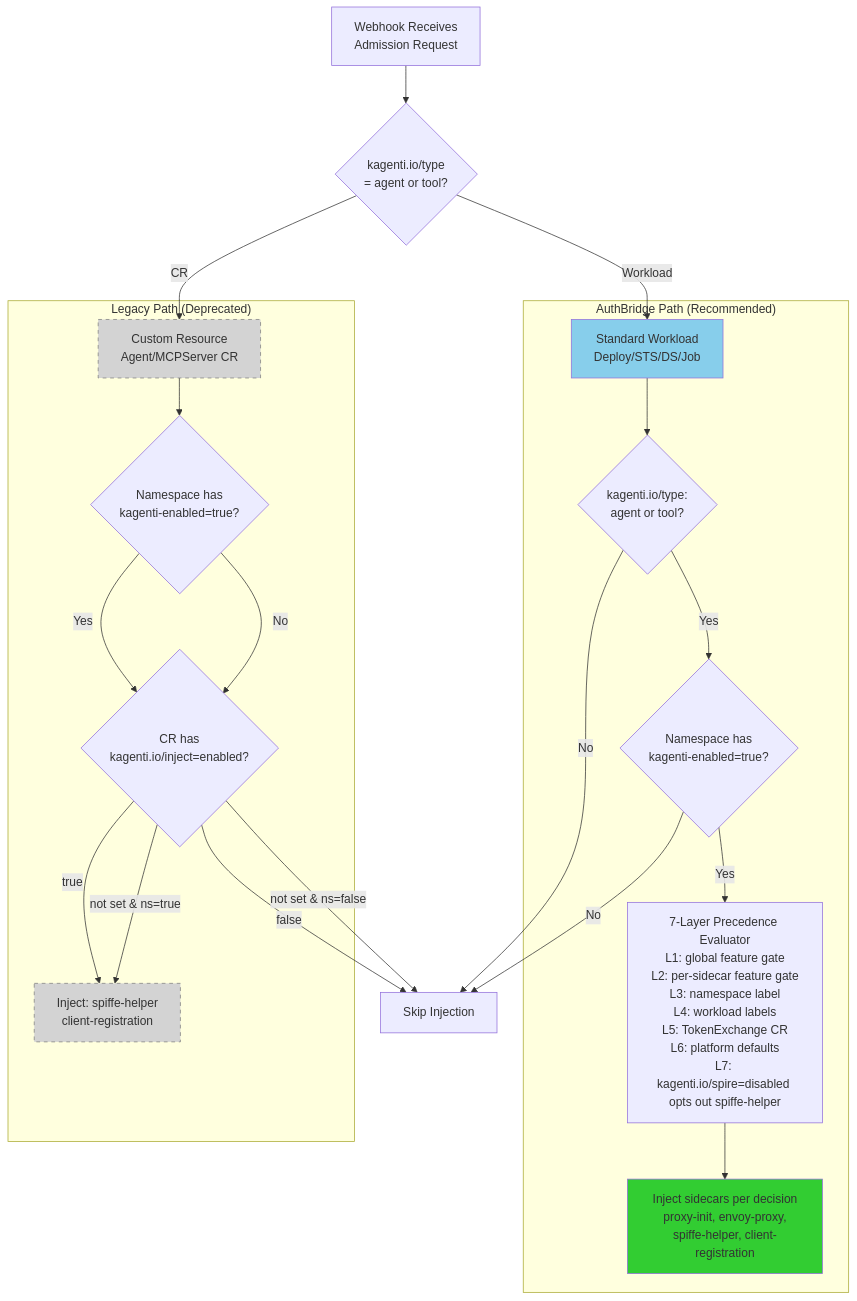
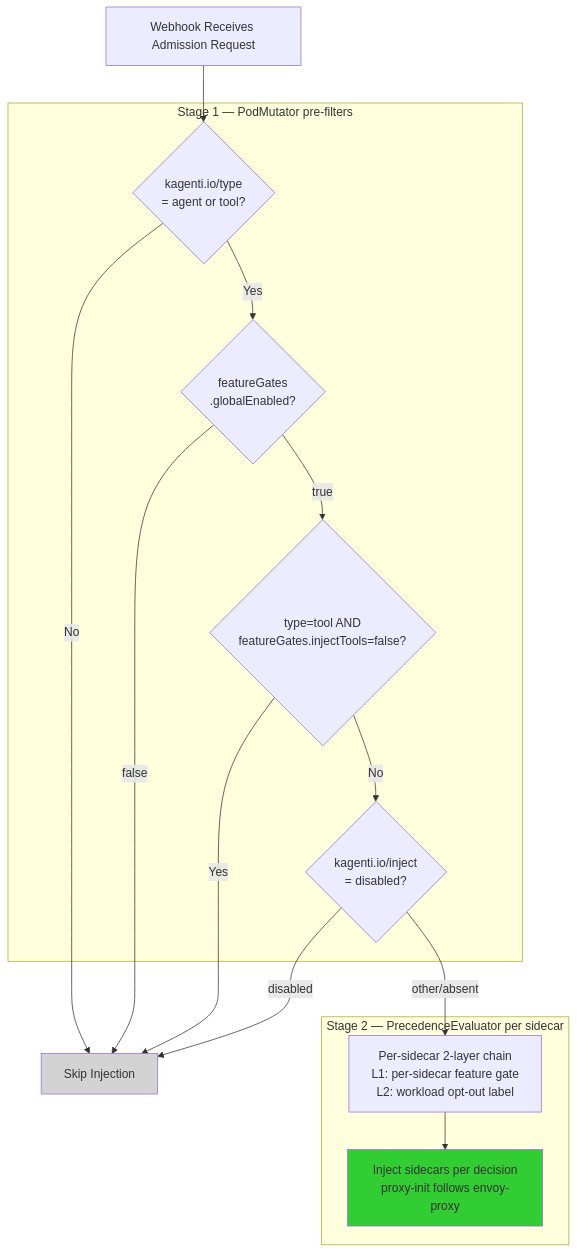
Before and after one commit to cwiklik/kagenti-extensions: the fourth of 4 diagrams in kagenti-webhook/ARCHITECTURE.md, drawn with Mermaid. The commit also changed other lines of this file and 6 other files, not shown here.

````diff
--- a/kagenti-webhook/ARCHITECTURE.md
+++ b/kagenti-webhook/ARCHITECTURE.md
@@ -128,47 +125,32 @@
 ```mermaid
 graph TD
-    START[Webhook Receives<br/>Admission Request]
+    START[Webhook Receives Admission Request]
 
-    CHECK_TYPE{kagenti.io/type<br/>= agent or tool?}
-
-    subgraph "AuthBridge Path (Recommended)"
-        WORKLOAD[Standard Workload<br/>Deploy/STS/DS/Job]
-        CHECK_KAGENTI_TYPE{kagenti.io/type:<br/>agent or tool?}
-        CHECK_NS_AB{Namespace has<br/>kagenti-enabled=true?}
-        PRECEDENCE[7-Layer Precedence Evaluator<br/>L1: global feature gate<br/>L2: per-sidecar feature gate<br/>L3: namespace label<br/>L4: workload labels<br/>L5: TokenExchange CR<br/>L6: platform defaults<br/>L7: kagenti.io/spire=disabled opts out spiffe-helper]
-        INJECT_FULL[Inject sidecars per decision<br/>proxy-init, envoy-proxy,<br/>spiffe-helper, client-registration]
+    subgraph "Stage 1 — PodMutator pre-filters"
+        CHECK_TYPE{kagenti.io/type\n= agent or tool?}
+        CHECK_GLOBAL{featureGates\n.globalEnabled?}
+        CHECK_TOOLS{type=tool AND\nfeatureGates.injectTools=false?}
+        CHECK_OPTOUT{kagenti.io/inject\n= disabled?}
     end
 
-    subgraph "Legacy Path (Deprecated)"
-        CUSTOM[Custom Resource<br/>Agent/MCPServer CR]
-        CHECK_NS_LEG{Namespace has<br/>kagenti-enabled=true?}
-        CHECK_ANNO{CR has<br/>kagenti.io/inject=enabled?}
-        INJECT_SPIRE[Inject: spiffe-helper<br/>client-registration]
+    subgraph "Stage 2 — PrecedenceEvaluator per sidecar"
+        EVAL[Per-sidecar 2-layer chain\nL1: per-sidecar feature gate\nL2: workload opt-out label]
+        INJECT[Inject sidecars per decision\nproxy-init follows envoy-proxy]
     end
 
     SKIP[Skip Injection]
 
     START --> CHECK_TYPE
-    CHECK_TYPE -->|Workload| WORKLOAD
-    CHECK_TYPE -->|CR| CUSTOM
+    CHECK_TYPE -->|No| SKIP
+    CHECK_TYPE -->|Yes| CHECK_GLOBAL
+    CHECK_GLOBAL -->|false| SKIP
+    CHECK_GLOBAL -->|true| CHECK_TOOLS
+    CHECK_TOOLS -->|Yes| SKIP
+    CHECK_TOOLS -->|No| CHECK_OPTOUT
+    CHECK_OPTOUT -->|disabled| SKIP
+    CHECK_OPTOUT -->|other/absent| EVAL
+    EVAL --> INJECT
 
-    WORKLOAD --> CHECK_KAGENTI_TYPE
-    CHECK_KAGENTI_TYPE -->|Yes| CHECK_NS_AB
-    CHECK_KAGENTI_TYPE -->|No| SKIP
-    CHECK_NS_AB -->|Yes| PRECEDENCE
-    CHECK_NS_AB -->|No| SKIP
-    PRECEDENCE --> INJECT_FULL
-
-    CUSTOM --> CHECK_NS_LEG
-    CHECK_NS_LEG -->|Yes| CHECK_ANNO
-    CHECK_NS_LEG -->|No| CHECK_ANNO
-    CHECK_ANNO -->|true| INJECT_SPIRE
-    CHECK_ANNO -->|false| SKIP
-    CHECK_ANNO -->|not set & ns=true| INJECT_SPIRE
-    CHECK_ANNO -->|not set & ns=false| SKIP
-
-    style INJECT_FULL fill:#32CD32
-    style INJECT_SPIRE fill:#D3D3D3,stroke:#808080,stroke-dasharray: 5 5
-    style WORKLOAD fill:#87CEEB
-    style CUSTOM fill:#D3D3D3,stroke:#808080,stroke-dasharray: 5 5
+    style INJECT fill:#32CD32
+    style SKIP fill:#D3D3D3
 ```
````
